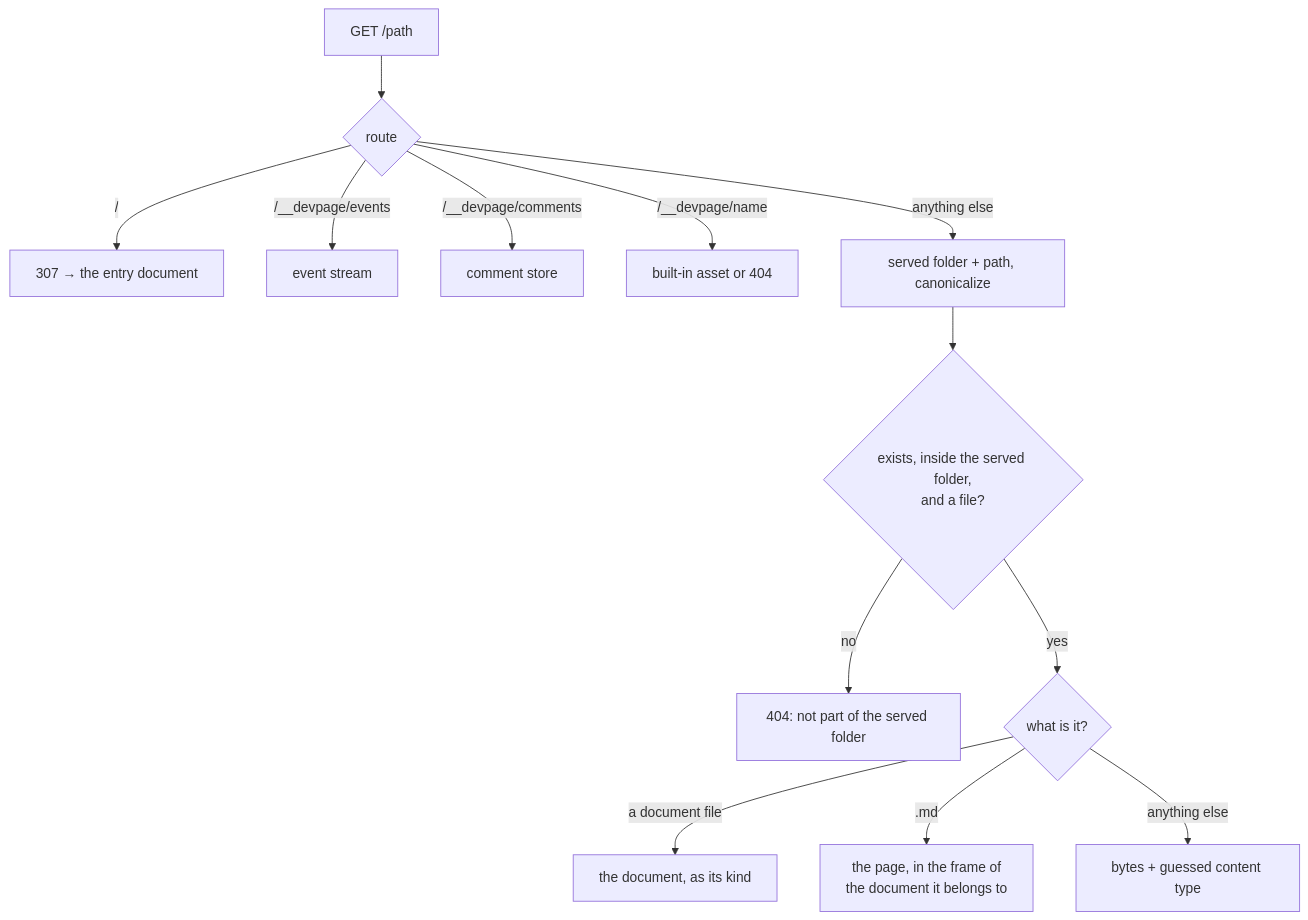
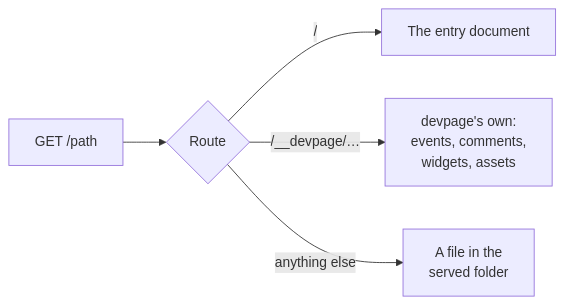
One commit to andrei512/devpage changed the first of 2 diagrams in docs/boxes/viewer/serving-pages/README.md. Above: the diagram before and after it, drawn with Mermaid. The commit also changed other lines of this file and 20 other files, not shown here.

````diff
--- a/docs/boxes/viewer/serving-pages/README.md
+++ b/docs/boxes/viewer/serving-pages/README.md
@@ -10,26 +11,11 @@
 ```mermaid
-flowchart TD
-  req["GET /path"] --> route{"route"}
-  route -->|"/"| redirect["307 → the entry document"]
-  route -->|"/__devpage/events"| sse["event stream"]
-  route -->|"/__devpage/comments"| comments["comment store"]
-  route -->|"/__devpage/name"| asset["built-in asset or 404"]
-  route -->|"anything else"| resolve["served folder + path, canonicalize"]
-  resolve --> inside{"exists, inside the served folder,<br/>and a file?"}
-  inside -->|"no"| notfound["404: not part of the served folder"]
-  inside -->|"yes"| kind{"what is it?"}
-  kind -->|"a document file"| document["the document, as its kind"]
-  kind -->|".md"| page["the page, in the frame of<br/>the document it belongs to"]
-  kind -->|"anything else"| raw["bytes + guessed content type"]
+flowchart LR
+  req["GET /path"] --> route{"Route"}
+  route -->|"/"| entry["The entry document"]
+  route -->|"/__devpage/…"| own["devpage's own:<br/>events, comments,<br/>widgets, assets"]
+  route -->|"anything else"| file["A file in the<br/>served folder"]
   click route href "#routes" "Routes"
-  click redirect href "#routes" "Routes"
-  click sse href "../live-updates/README.md#the-channel-and-the-stream" "The event stream"
-  click comments href "../comments/README.md#under-the-hood" "Comments under the hood"
-  click asset href "#built-in-assets" "Built-in assets"
-  click resolve href "#the-url-is-the-file-path" "The URL is the file path"
-  click inside href "#the-url-is-the-file-path" "Path safety"
-  click notfound href "#the-url-is-the-file-path" "Path safety"
-  click document href "#which-document-a-file-belongs-to" "Which document a file belongs to"
-  click page href "#which-document-a-file-belongs-to" "Which document a file belongs to"
-  click raw href "#other-files" "Other files"
+  click entry href "#routes" "Routes"
+  click own href "#routes" "Routes"
+  click file href "#the-url-is-the-file-path" "The URL is the file path"
 ```
````
